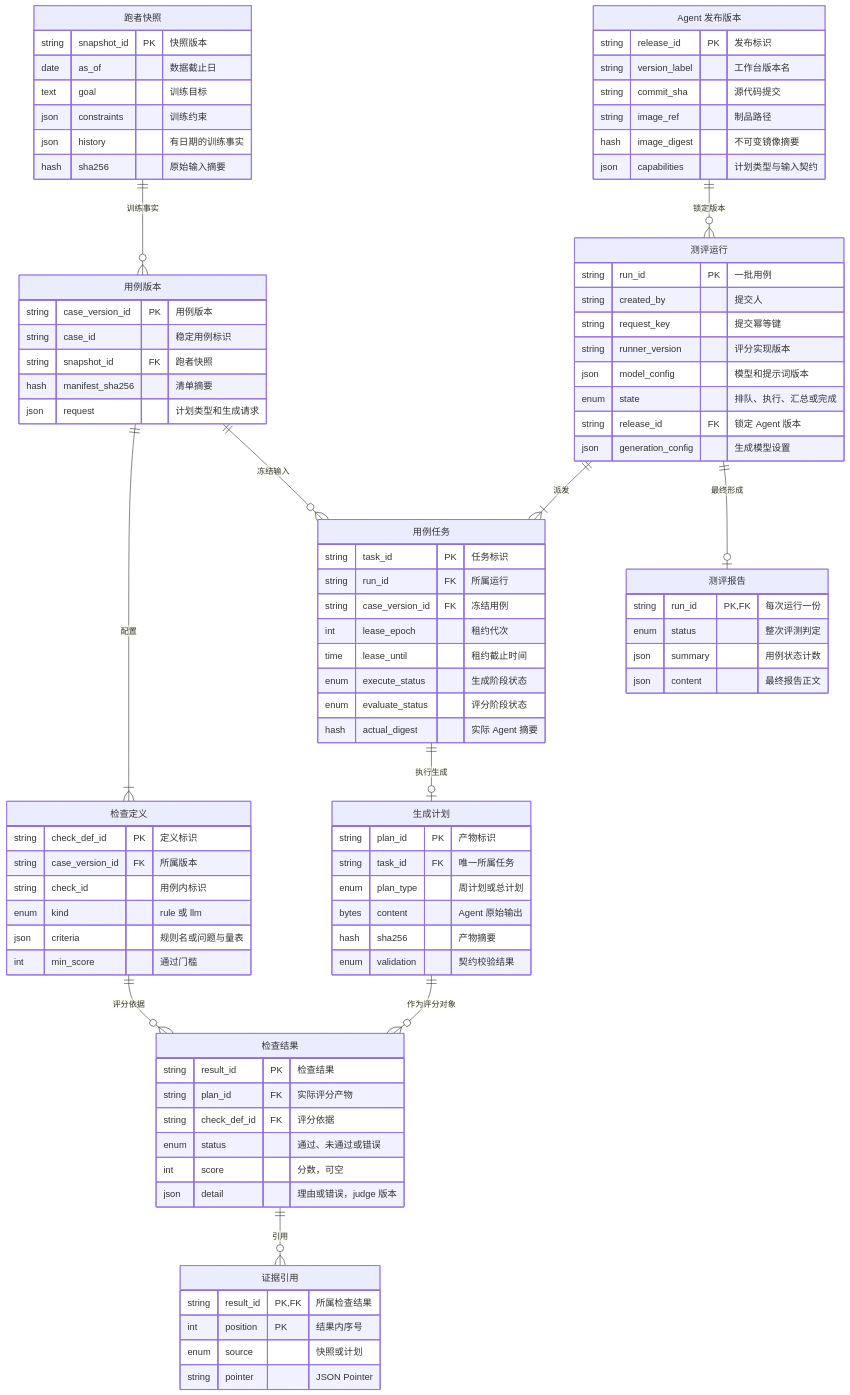
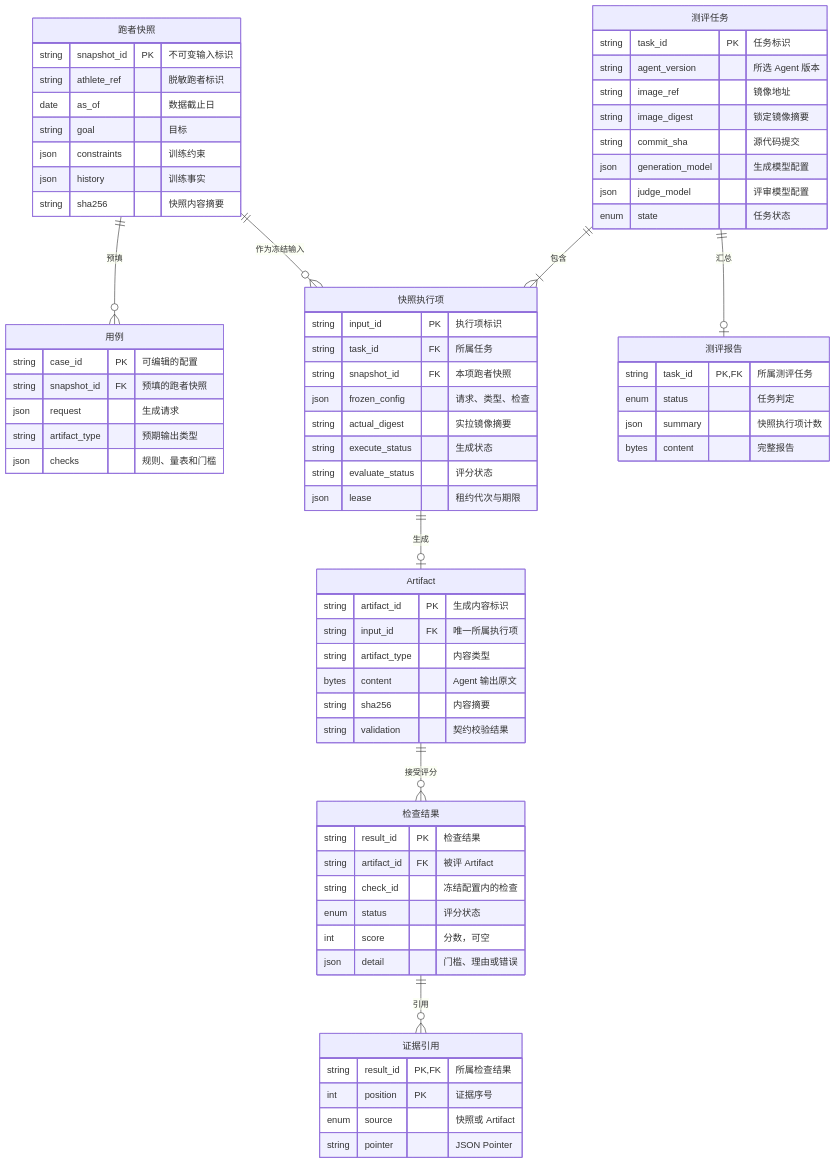
Before and after one commit to zhaochy1990/running: the second of 2 diagrams in docs/superpowers/specs/2026-11-23-offline-plan-eval.md, drawn with Mermaid. The commit also changed other lines of this file and 1 other file, not shown here.

Commit message:
docs: 以测评任务绑定 Agent 版本、多跑者快照与 Artifact

````diff
--- a/docs/superpowers/specs/2026-11-23-offline-plan-eval.md
+++ b/docs/superpowers/specs/2026-11-23-offline-plan-eval.md
@@ -225,92 +244,74 @@
 ```mermaid
 erDiagram
+    "用例" {
+        string case_id PK "可编辑的配置"
+        string snapshot_id FK "预填的跑者快照"
+        json request "生成请求"
+        string artifact_type "预期输出类型"
+        json checks "规则、量表和门槛"
+    }
     "跑者快照" {
-        string snapshot_id PK "快照版本"
+        string snapshot_id PK "不可变输入标识"
+        string athlete_ref "脱敏跑者标识"
         date as_of "数据截止日"
-        text goal "训练目标"
+        string goal "目标"
         json constraints "训练约束"
-        json history "有日期的训练事实"
-        hash sha256 "原始输入摘要"
+        json history "训练事实"
+        string sha256 "快照内容摘要"
     }
-    "用例版本" {
-        string case_version_id PK "用例版本"
-        string case_id "稳定用例标识"
-        string snapshot_id FK "跑者快照"
-        hash manifest_sha256 "清单摘要"
-        json request "计划类型和生成请求"
+    "测评报告" {
+        string task_id PK,FK "所属测评任务"
+        enum status "任务判定"
+        json summary "快照执行项计数"
+        bytes content "完整报告"
     }
-    "检查定义" {
-        string check_def_id PK "定义标识"
-        string case_version_id FK "所属版本"
-        string check_id "用例内标识"
-        enum kind "rule 或 llm"
-        json criteria "规则名或问题与量表"
-        int min_score "通过门槛"
+    "Artifact" {
+        string artifact_id PK "生成内容标识"
+        string input_id FK "唯一所属执行项"
+        string artifact_type "内容类型"
+        bytes content "Agent 输出原文"
+        string sha256 "内容摘要"
+        string validation "契约校验结果"
     }
-    "生成计划" {
-        string plan_id PK "产物标识"
-        string task_id FK "唯一所属任务"
-        enum plan_type "周计划或总计划"
-        bytes content "Agent 原始输出"
-        hash sha256 "产物摘要"
-        enum validation "契约校验结果"
+    "快照执行项" {
+        string input_id PK "执行项标识"
+        string task_id FK "所属任务"
+        string snapshot_id FK "本项跑者快照"
+        json frozen_config "请求、类型、检查"
+        string actual_digest "实拉镜像摘要"
+        string execute_status "生成状态"
+        string evaluate_status "评分状态"
+        json lease "租约代次与期限"
     }
-    "用例任务" {
+    "测评任务" {
         string task_id PK "任务标识"
-        string run_id FK "所属运行"
-        string case_version_id FK "冻结用例"
-        int lease_epoch "租约代次"
-        time lease_until "租约截止时间"
-        enum execute_status "生成阶段状态"
-        enum evaluate_status "评分阶段状态"
-        hash actual_digest "实际 Agent 摘要"
+        string agent_version "所选 Agent 版本"
+        string image_ref "镜像地址"
+        string image_digest "锁定镜像摘要"
+        string commit_sha "源代码提交"
+        json generation_model "生成模型配置"
+        json judge_model "评审模型配置"
+        enum state "任务状态"
     }
     "检查结果" {
         string result_id PK "检查结果"
-        string plan_id FK "实际评分产物"
-        string check_def_id FK "评分依据"
-        enum status "通过、未通过或错误"
+        string artifact_id FK "被评 Artifact"
+        string check_id "冻结配置内的检查"
+        enum status "评分状态"
         int score "分数，可空"
-        json detail "理由或错误，judge 版本"
-    }
-    "测评报告" {
-        string run_id PK,FK "每次运行一份"
-        enum status "整次评测判定"
-        json summary "用例状态计数"
-        json content "最终报告正文"
-    }
-    "测评运行" {
-        string run_id PK "一批用例"
-        string created_by "提交人"
-        string request_key "提交幂等键"
-        string runner_version "评分实现版本"
-        json model_config "模型和提示词版本"
-        enum state "排队、执行、汇总或完成"
-        string release_id FK "锁定 Agent 版本"
-        json generation_config "生成模型设置"
+        json detail "门槛、理由或错误"
     }
     "证据引用" {
         string result_id PK,FK "所属检查结果"
-        int position PK "结果内序号"
-        enum source "快照或计划"
+        int position PK "证据序号"
+        enum source "快照或 Artifact"
         string pointer "JSON Pointer"
     }
-    "Agent 发布版本" {
-        string release_id PK "发布标识"
-        string version_label "工作台版本名"
-        string commit_sha "源代码提交"
-        string image_ref "制品路径"
-        hash image_digest "不可变镜像摘要"
-        json capabilities "计划类型与输入契约"
-    }
-    "跑者快照" ||--o{ "用例版本" : "训练事实"
-    "用例版本" ||--|{ "检查定义" : "配置"
-    "用例版本" ||--o{ "用例任务" : "冻结输入"
-    "Agent 发布版本" ||--o{ "测评运行" : "锁定版本"
-    "测评运行" ||--|{ "用例任务" : "派发"
-    "用例任务" ||--o| "生成计划" : "执行生成"
-    "生成计划" ||--o{ "检查结果" : "作为评分对象"
-    "检查定义" ||--o{ "检查结果" : "评分依据"
+    "跑者快照" ||--o{ "用例" : "预填"
+    "测评任务" ||--|{ "快照执行项" : "包含"
+    "跑者快照" ||--o{ "快照执行项" : "作为冻结输入"
+    "快照执行项" ||--o| "Artifact" : "生成"
+    "Artifact" ||--o{ "检查结果" : "接受评分"
     "检查结果" ||--o{ "证据引用" : "引用"
-    "测评运行" ||--o| "测评报告" : "最终形成"
+    "测评任务" ||--o| "测评报告" : "汇总"
 ```
````
